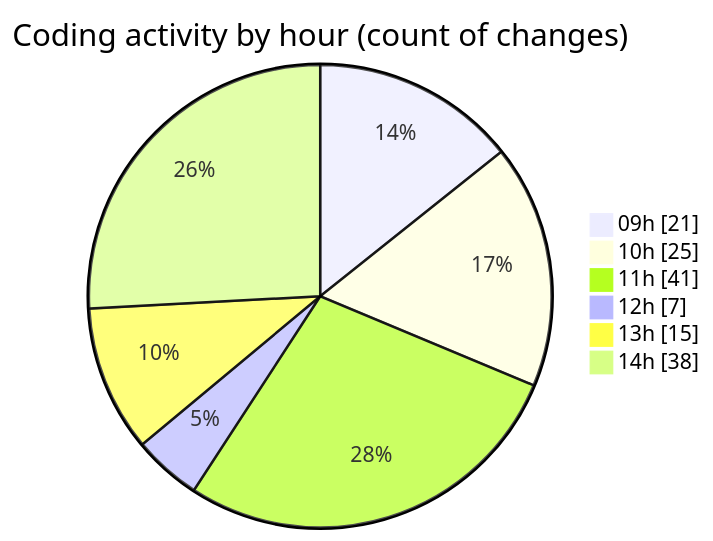
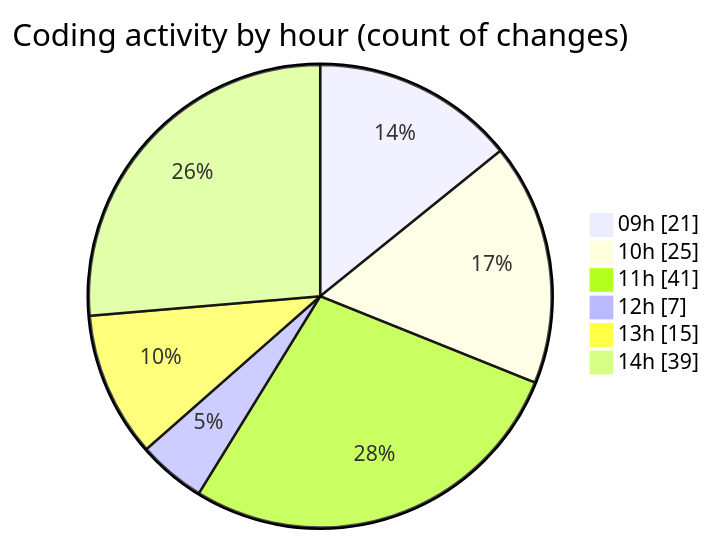
One commit to momahboobian/code-tracking changed the second of 2 diagrams in 2025-12-01/cda/README.md. Above: the diagram before and after it, drawn with Mermaid. The commit also changed other lines of this file and 1 other file, not shown here.

````diff
--- a/2025-12-01/cda/README.md
+++ b/2025-12-01/cda/README.md
@@ -49,10 +49,10 @@
 ```mermaid
 pie showData
 title Coding activity by hour (count of changes)
 "09h" : 21
 "10h" : 25
 "11h" : 41
 "12h" : 7
 "13h" : 15
-"14h" : 38
+"14h" : 39
 ```
````
